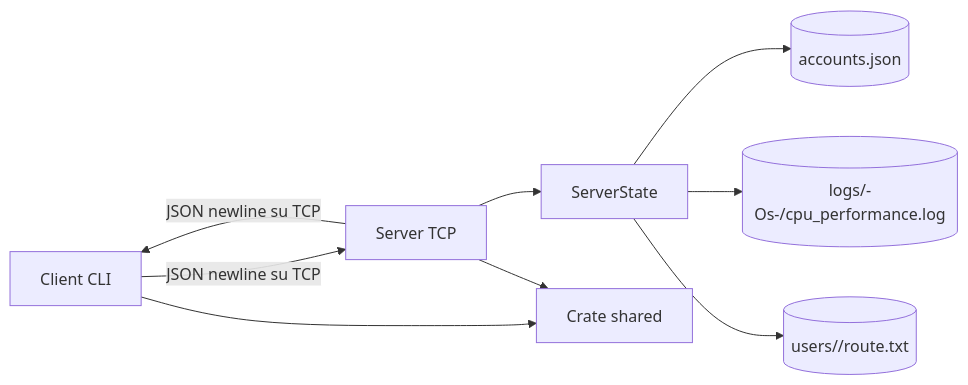
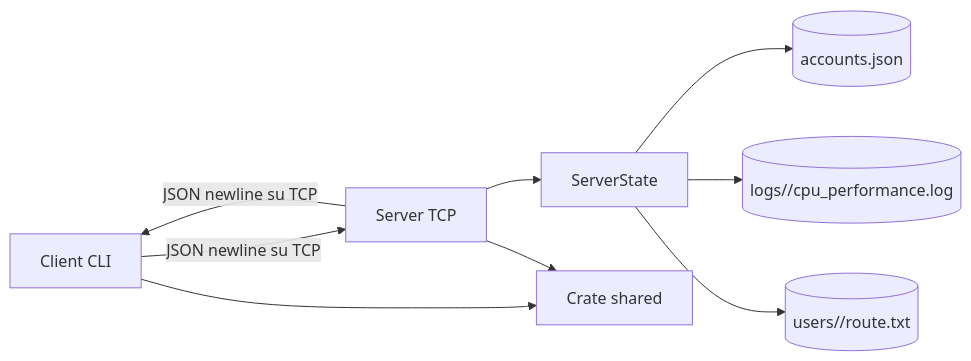
The diagram in project/documentation/manuale_progettista.md (Papasss/GeoRust_Project), drawn with Mermaid before and after one commit. The commit also changed other lines of this file, not shown here.

````diff
--- a/project/documentation/manuale_progettista.md
+++ b/project/documentation/manuale_progettista.md
@@ -15,19 +15,19 @@
 ```mermaid
 flowchart LR
     C[Client CLI]
     S[Server TCP]
     H[ServerState]
     D[(accounts.json)]
-    F[(logs/-Os-/cpu_performance.log)]
+    F[(logs/<os>/cpu_performance.log)]
     U[(users/<username>/route.txt)]
     SH[Crate shared]
 
     C -->|JSON newline su TCP| S
     S -->|JSON newline su TCP| C
     C --> SH
     S --> SH
     S --> H
     H --> D
     H --> F
     H --> U
 ```
````
